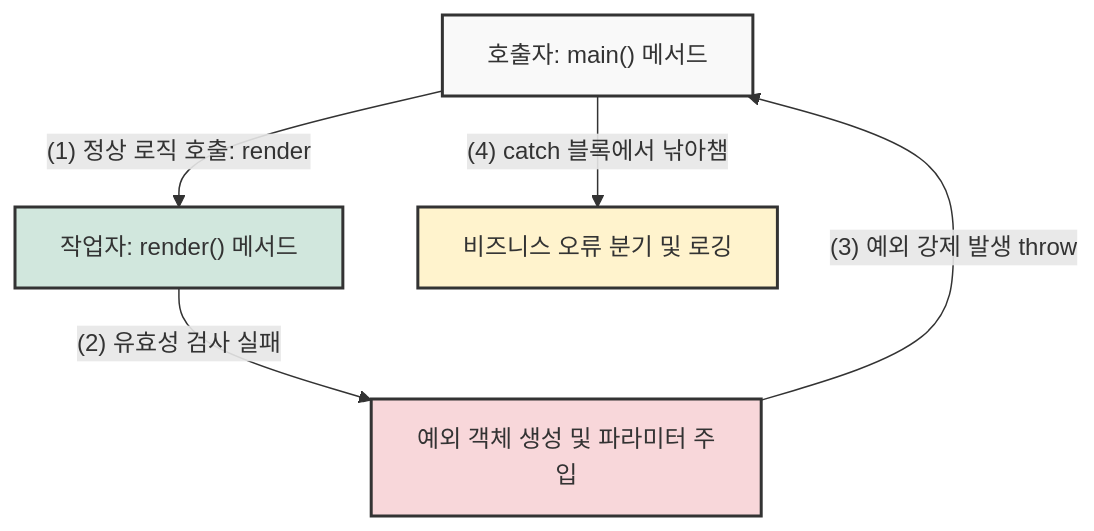
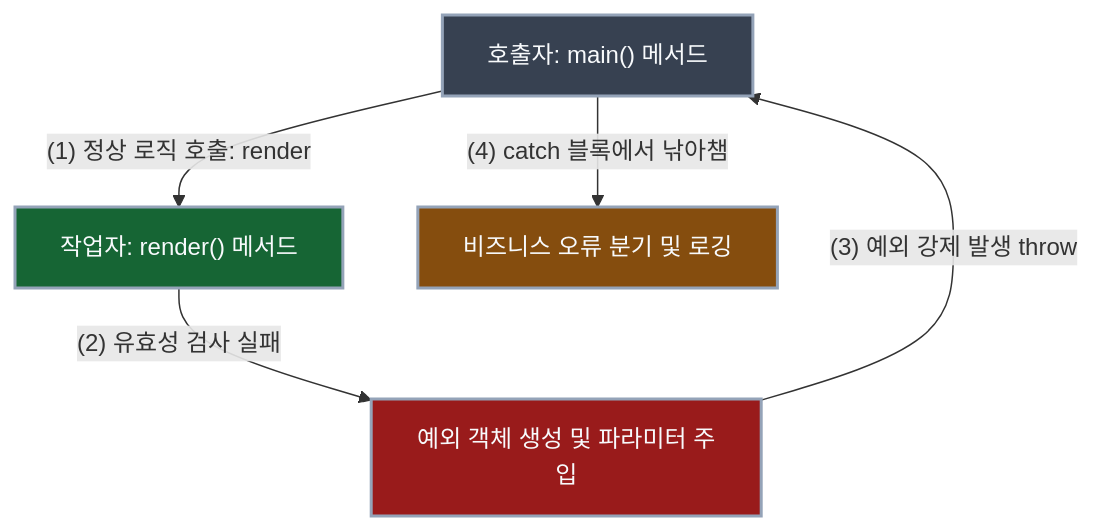
The second of 2 diagrams in _posts/java/11-예외처리/2026-02-26-try,-catch,-finally.md (Kang-Hyesung/kang-hyesung.github.io), drawn with Mermaid before and after one commit. The commit also changed other lines of this file and 74 other files, not shown here.

Commit message:
docs: update post visibility and mermaid colors

````diff
--- a/_posts/java/11-예외처리/2026-02-26-try,-catch,-finally.md
+++ b/_posts/java/11-예외처리/2026-02-26-try,-catch,-finally.md
@@ -73,12 +73,12 @@
 ```mermaid
 
 graph TD
 A["호출자: main() 메서드"] -->|"(1) 정상 로직 호출: render"| B["작업자: render() 메서드"]
 B -->|"(2) 유효성 검사 실패"| C["예외 객체 생성 및 파라미터 주입"]
 C -->|"(3) 예외 강제 발생 throw"| A
 A -->|"(4) catch 블록에서 낚아챔"| D["비즈니스 오류 분기 및 로깅"]
-style A fill:#f9f9f9,stroke:#333,stroke-width:2px
-style B fill:#d1e7dd,stroke:#333,stroke-width:2px
-style C fill:#f8d7da,stroke:#333,stroke-width:2px
-style D fill:#fff3cd,stroke:#333,stroke-width:2px
+style A fill:#374151,stroke:#94a3b8,stroke-width:2px,color:#f8fafc
+style B fill:#166534,stroke:#94a3b8,stroke-width:2px,color:#f8fafc
+style C fill:#991b1b,stroke:#94a3b8,stroke-width:2px,color:#f8fafc
+style D fill:#854d0e,stroke:#94a3b8,stroke-width:2px,color:#f8fafc
 ```
````
